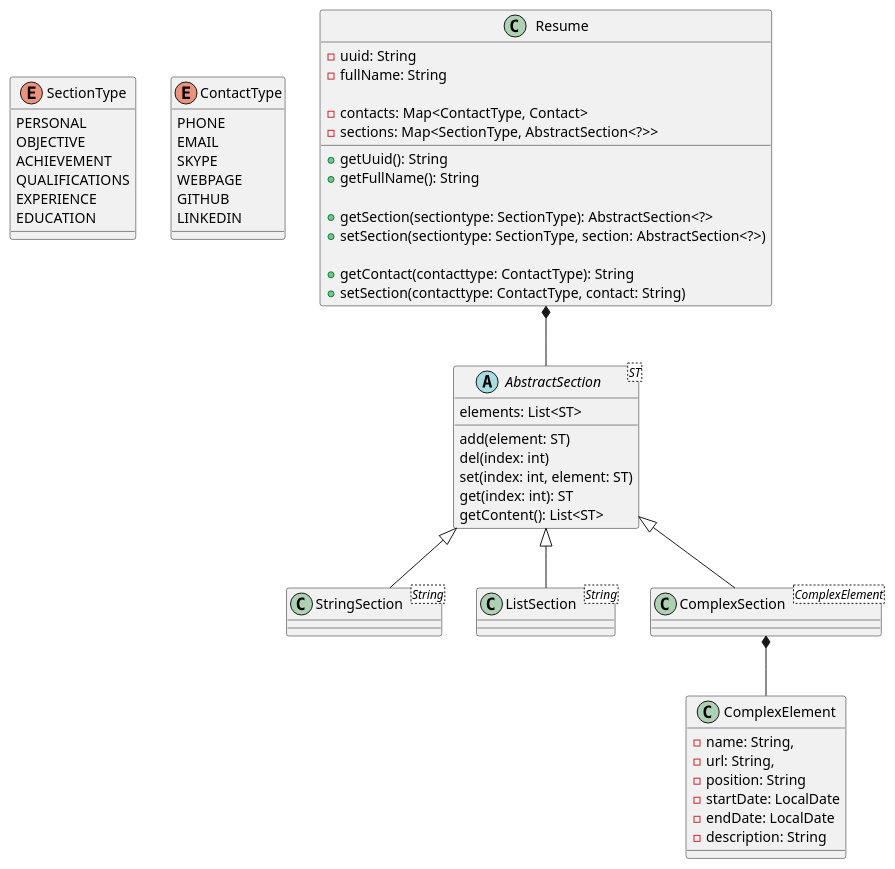
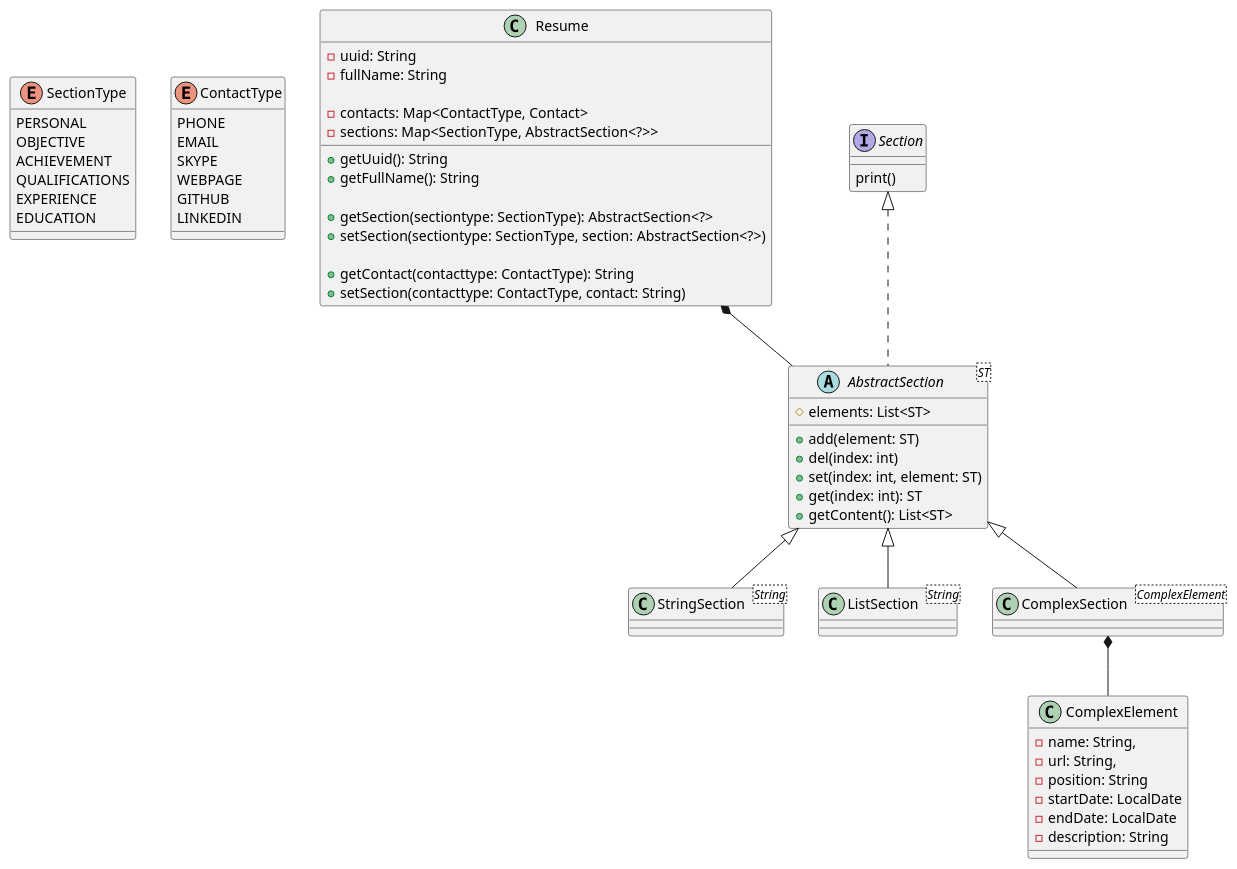
The diagram in basejava.puml (dmitrysib/basejava), drawn with PlantUML before and after one commit. The commit also changed 7 other files, not shown here.

```diff
--- a/basejava.puml
+++ b/basejava.puml
@@ -1,66 +1,73 @@
 @startuml
 
 enum SectionType {
     PERSONAL
     OBJECTIVE
     ACHIEVEMENT
     QUALIFICATIONS
     EXPERIENCE
     EDUCATION
 }
 
 enum ContactType {
     PHONE
     EMAIL
     SKYPE
     WEBPAGE
     GITHUB
     LINKEDIN
 }
 
 class Resume {
     - uuid: String
     - fullName: String
 
     - contacts: Map<ContactType, Contact>
     - sections: Map<SectionType, AbstractSection<?>>
 
     + getUuid(): String
     + getFullName(): String
 
     + getSection(sectiontype: SectionType): AbstractSection<?>
     + setSection(sectiontype: SectionType, section: AbstractSection<?>)
 
     + getContact(contacttype: ContactType): String
     + setSection(contacttype: ContactType, contact: String)
 }
 
-abstract class AbstractSection<ST> {
-    elements: List<ST>
+together {
 
-    add(element: ST)
-    del(index: int)
-    set(index: int, element: ST)
-    get(index: int): ST
-    getContent(): List<ST>
+    interface Section {
+        print()
+    }
+
+    abstract class AbstractSection<ST> implements Section {
+        #elements: List<ST>
+
+        + add(element: ST)
+        + del(index: int)
+        + set(index: int, element: ST)
+        + get(index: int): ST
+        + getContent(): List<ST>
+    }
 }
 
 class StringSection<String> extends AbstractSection
 
 class ListSection<String> extends AbstractSection
 
 class ComplexElement {
     - name: String,
     - url: String,
     - position: String
     - startDate: LocalDate
     - endDate: LocalDate
     - description: String
 }
 
 class ComplexSection<ComplexElement> extends AbstractSection
 
 Resume *-- AbstractSection
 ComplexSection *-- ComplexElement
 
 @enduml
```
